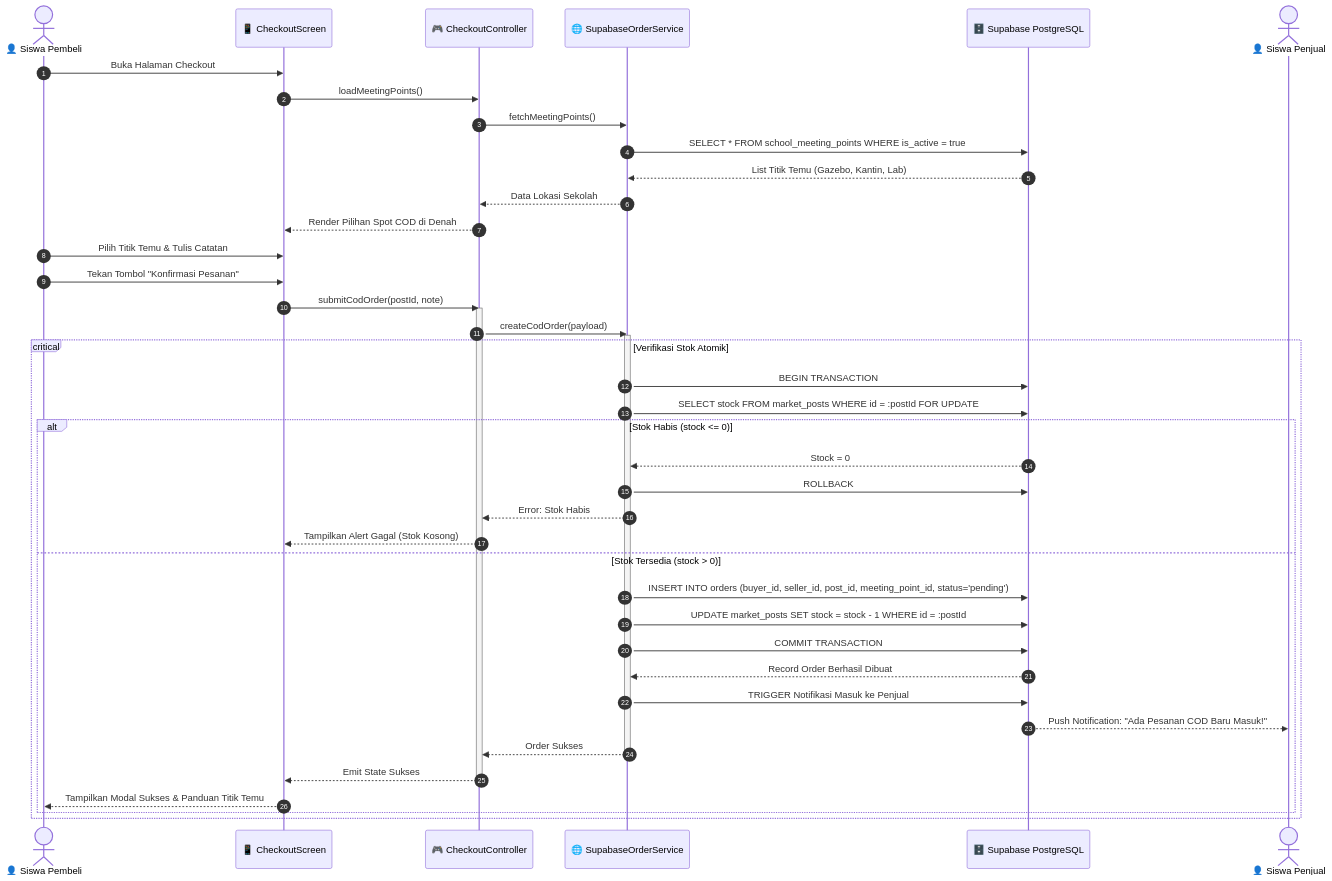
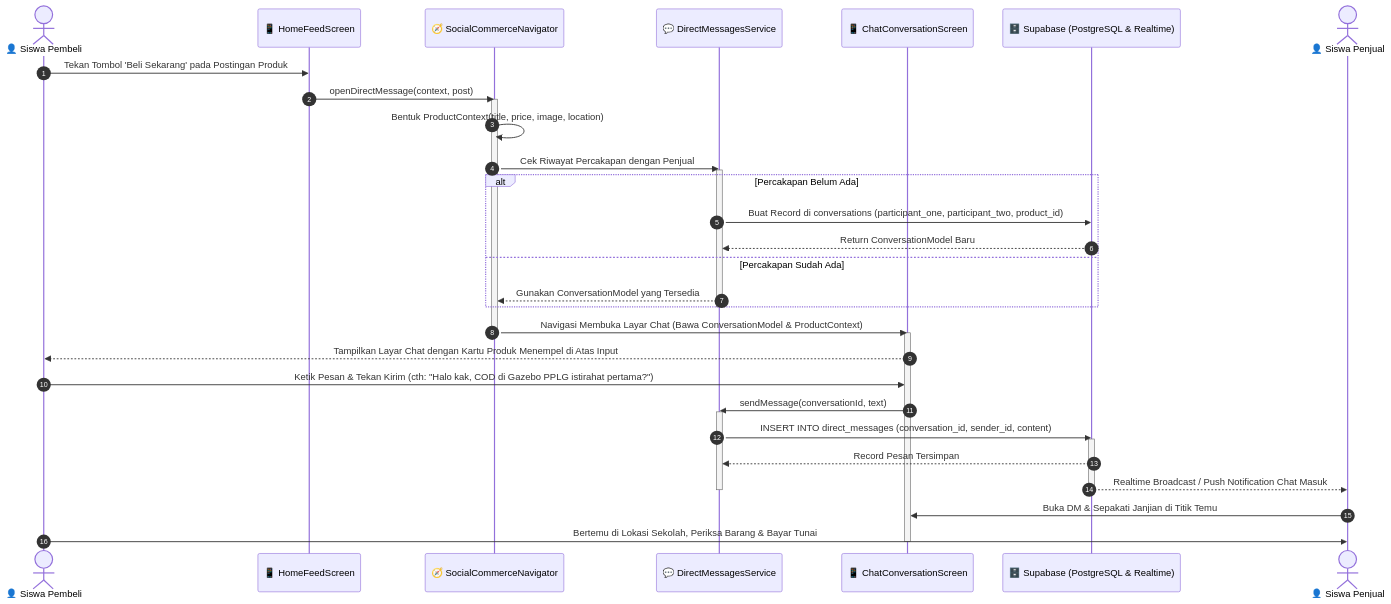
Before and after one commit to HelloRayy/snaps: diagram 11 of 11 in docs/bab3/BAB_III_PERANCANGAN_ARSITEKTUR_SISTEM.md, drawn with Mermaid. The commit also changed other lines of this file and 4 other files, not shown here.

Commit message:
docs(bab3): sync Activity, Class, and Sequence diagrams to Direct-to-DM architecture

````diff
--- a/docs/bab3/BAB_III_PERANCANGAN_ARSITEKTUR_SISTEM.md
+++ b/docs/bab3/BAB_III_PERANCANGAN_ARSITEKTUR_SISTEM.md
@@ -559,51 +559,47 @@
 ```mermaid
 sequenceDiagram
     autonumber
     actor Pembeli as 👤 Siswa Pembeli
-    participant UI as 📱 CheckoutScreen
-    participant Ctrl as 🎮 CheckoutController
-    participant Svc as 🌐 SupabaseOrderService
-    participant DB as 🗄️ Supabase PostgreSQL
+    participant UI_Feed as 📱 HomeFeedScreen
+    participant Nav as 🧭 SocialCommerceNavigator
+    participant Svc_DM as 💬 DirectMessagesService
+    participant UI_Chat as 📱 ChatConversationScreen
+    participant DB as 🗄️ Supabase (PostgreSQL & Realtime)
     actor Penjual as 👤 Siswa Penjual
 
-    Pembeli->>UI: Buka Halaman Checkout
-    UI->>Ctrl: loadMeetingPoints()
-    Ctrl->>Svc: fetchMeetingPoints()
-    Svc->>DB: SELECT * FROM school_meeting_points WHERE is_active = true
-    DB-->>Svc: List Titik Temu (Gazebo, Kantin, Lab)
-    Svc-->>Ctrl: Data Lokasi Sekolah
-    Ctrl-->>UI: Render Pilihan Spot COD di Denah
-
-    Pembeli->>UI: Pilih Titik Temu & Tulis Catatan
-    Pembeli->>UI: Tekan Tombol "Konfirmasi Pesanan"
-    UI->>Ctrl: submitCodOrder(postId, note)
+    Pembeli->>UI_Feed: Tekan Tombol 'Beli Sekarang' pada Postingan Produk
+    UI_Feed->>Nav: openDirectMessage(context, post)
+    activate Nav
     
-    activate Ctrl
-    Ctrl->>Svc: createCodOrder(payload)
-    activate Svc
+    Nav->>Nav: Bentuk ProductContext(title, price, image, location)
+    Nav->>Svc_DM: Cek Riwayat Percakapan dengan Penjual
+    activate Svc_DM
     
-    critical Verifikasi Stok Atomik
-        Svc->>DB: BEGIN TRANSACTION
-        Svc->>DB: SELECT stock FROM market_posts WHERE id = :postId FOR UPDATE
-        alt Stok Habis (stock <= 0)
-            DB-->>Svc: Stock = 0
-            Svc->>DB: ROLLBACK
-            Svc-->>Ctrl: Error: Stok Habis
-            Ctrl-->>UI: Tampilkan Alert Gagal (Stok Kosong)
-        else Stok Tersedia (stock > 0)
-            Svc->>DB: INSERT INTO orders (buyer_id, seller_id, post_id, meeting_point_id, status='pending')
-            Svc->>DB: UPDATE market_posts SET stock = stock - 1 WHERE id = :postId
-            Svc->>DB: COMMIT TRANSACTION
-            DB-->>Svc: Record Order Berhasil Dibuat
-            
-            Svc->>DB: TRIGGER Notifikasi Masuk ke Penjual
-            DB-->>Penjual: Push Notification: "Ada Pesanan COD Baru Masuk!"
-            
-            Svc-->>Ctrl: Order Sukses
-            deactivate Svc
-            Ctrl-->>UI: Emit State Sukses
-            deactivate Ctrl
-            UI-->>Pembeli: Tampilkan Modal Sukses & Panduan Titik Temu
-        end
+    alt Percakapan Belum Ada
+        Svc_DM->>DB: Buat Record di conversations (participant_one, participant_two, product_id)
+        DB-->>Svc_DM: Return ConversationModel Baru
+    else Percakapan Sudah Ada
+        Svc_DM-->>Nav: Gunakan ConversationModel yang Tersedia
     end
+    deactivate Svc_DM
+    
+    Nav->>UI_Chat: Navigasi Membuka Layar Chat (Bawa ConversationModel & ProductContext)
+    deactivate Nav
+    activate UI_Chat
+    UI_Chat-->>Pembeli: Tampilkan Layar Chat dengan Kartu Produk Menempel di Atas Input
+    
+    Pembeli->>UI_Chat: Ketik Pesan & Tekan Kirim (cth: "Halo kak, COD di Gazebo PPLG istirahat pertama?")
+    UI_Chat->>Svc_DM: sendMessage(conversationId, text)
+    activate Svc_DM
+    Svc_DM->>DB: INSERT INTO direct_messages (conversation_id, sender_id, content)
+    activate DB
+    DB-->>Svc_DM: Record Pesan Tersimpan
+    
+    DB-->>Penjual: Realtime Broadcast / Push Notification Chat Masuk
+    deactivate DB
+    deactivate Svc_DM
+    
+    Penjual->>UI_Chat: Buka DM & Sepakati Janjian di Titik Temu
+    Pembeli->>Penjual: Bertemu di Lokasi Sekolah, Periksa Barang & Bayar Tunai
+    deactivate UI_Chat
 ```
````
